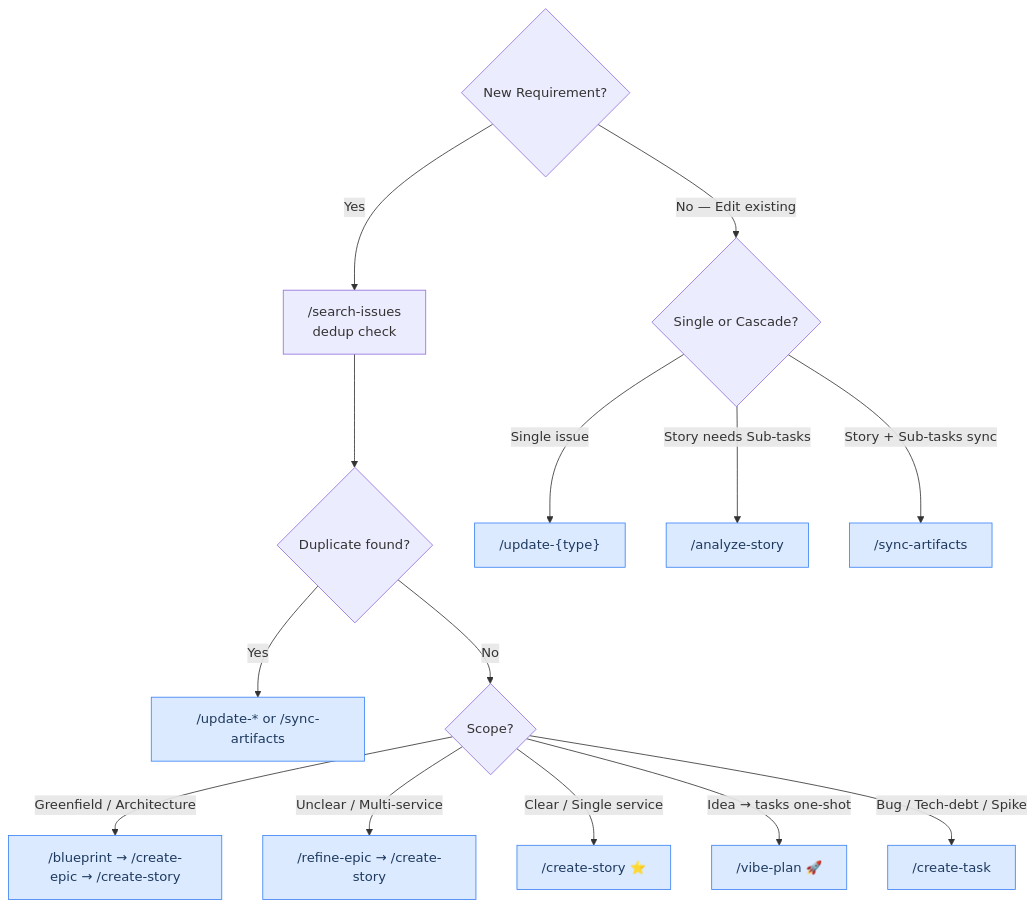
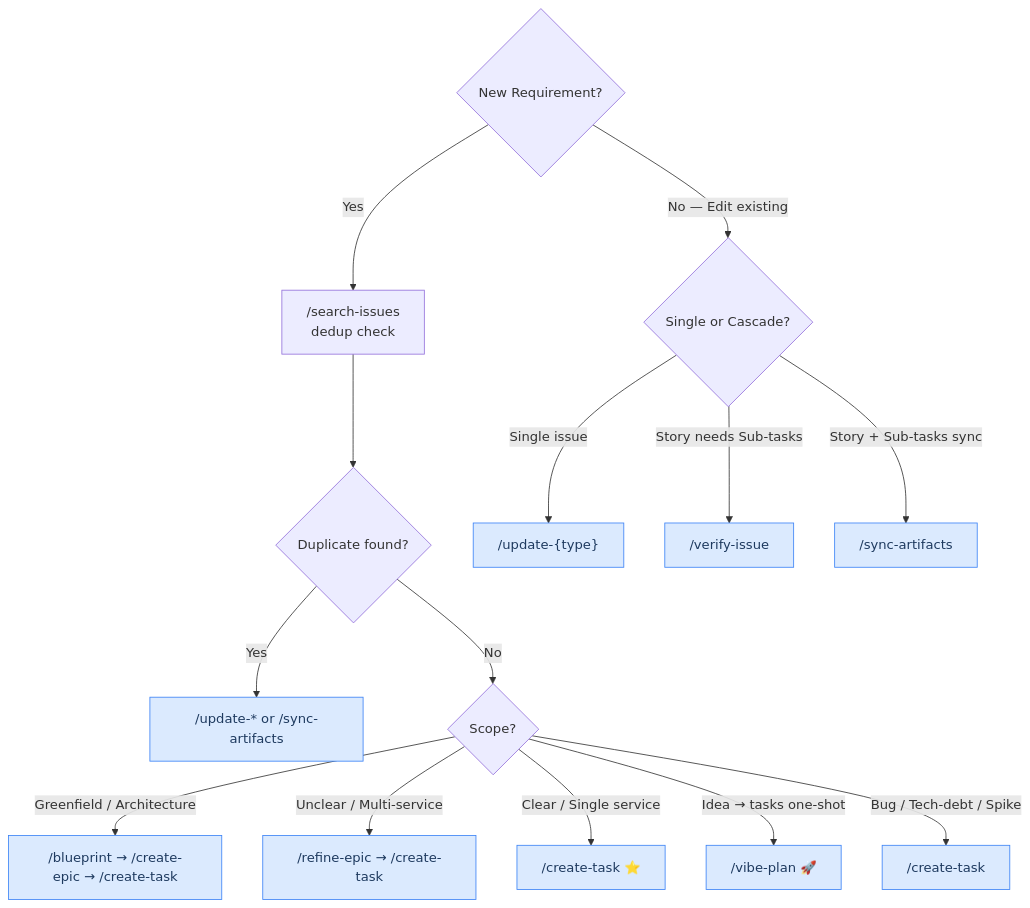
The diagram in references/skill-orchestration.md (wasikarn/atlassian-pm), drawn with Mermaid before and after one commit. The commit also changed other lines of this file and 26 other files, not shown here.

````diff
--- a/references/skill-orchestration.md
+++ b/references/skill-orchestration.md
@@ -48,18 +48,18 @@
 ```mermaid
 flowchart TD
     A{New Requirement?} -->|Yes| B["/search-issues\ndedup check"]
     A -->|"No — Edit existing"| C{Single or Cascade?}
     B --> D{Duplicate found?}
     D -->|Yes| E["/update-* or /sync-artifacts"]
     D -->|No| F{Scope?}
-    F -->|"Greenfield / Architecture"| G["/blueprint → /create-epic → /create-story"]
-    F -->|"Unclear / Multi-service"| H["/refine-epic → /create-story"]
-    F -->|"Clear / Single service"| I["/create-story ⭐"]
+    F -->|"Greenfield / Architecture"| G["/blueprint → /create-epic → /create-task"]
+    F -->|"Unclear / Multi-service"| H["/refine-epic → /create-task"]
+    F -->|"Clear / Single service"| I["/create-task ⭐"]
     F -->|"Idea → tasks one-shot"| V["/vibe-plan 🚀"]
     F -->|"Bug / Tech-debt / Spike"| J["/create-task"]
     C -->|Single issue| K["/update-{type}"]
-    C -->|"Story needs Sub-tasks"| L["/analyze-story"]
+    C -->|"Story needs Sub-tasks"| L["/verify-issue"]
     C -->|"Story + Sub-tasks sync"| M["/sync-artifacts"]
     classDef skill fill:#dbeafe,stroke:#3b82f6,color:#1e3a5f
     class E,G,H,I,J,K,L,M,V skill
 ```
````
